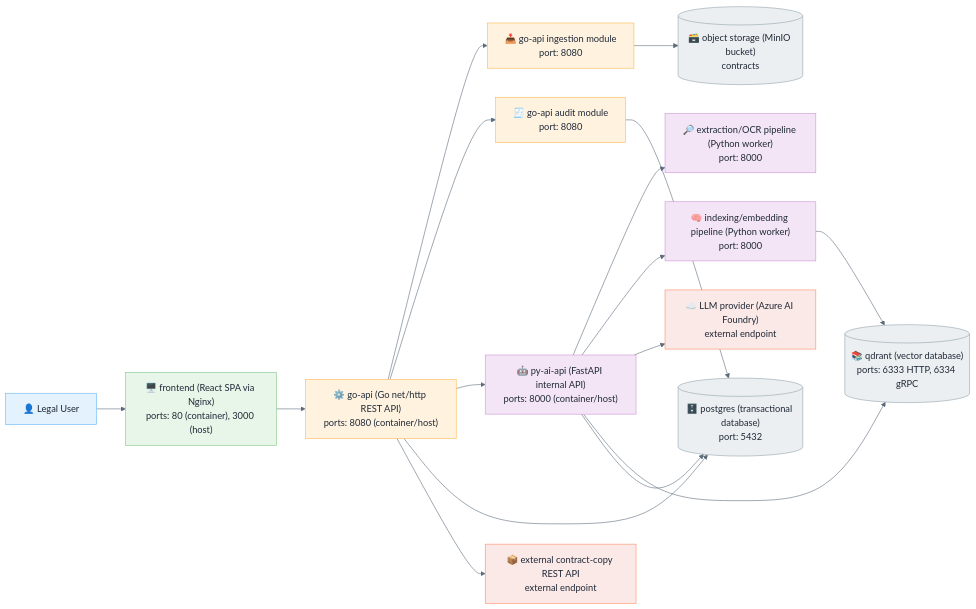
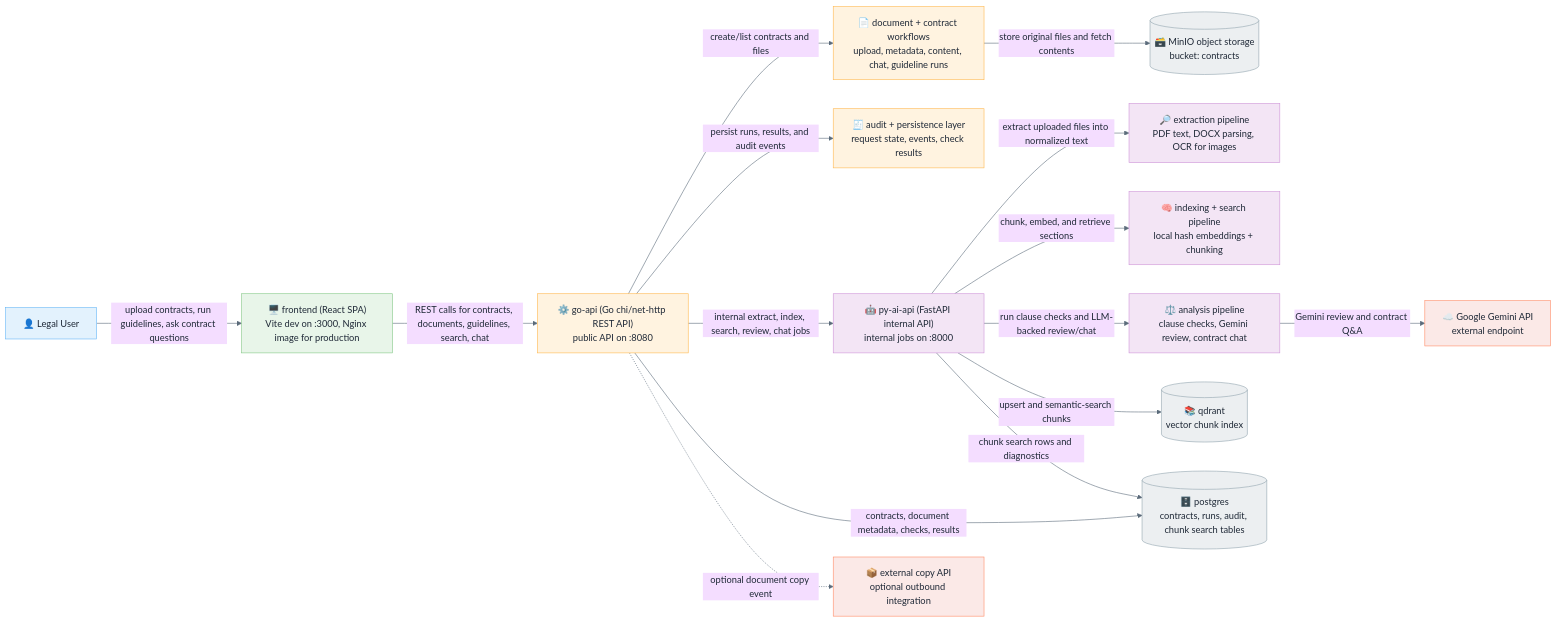
Before and after one commit to toswari/intellegal: the first of 3 diagrams in README.md, drawn with Mermaid. The commit also changed other lines of this file and 55 other files, not shown here.

Commit message:
refactor: remove company name analysis, update guideline rule types, and add new legal document templates

````diff
--- a/README.md
+++ b/README.md
@@ -140,38 +141,36 @@
 ```mermaid
 %%{init: {'theme': 'base', 'themeVariables': { 'primaryTextColor': '#1F2937', 'lineColor': '#5B6B7A', 'fontFamily': 'Inter, Segoe UI, sans-serif' }}}%%
 flowchart LR
-    U["👤 Legal User"] --> FE["🖥️ frontend (React SPA via Nginx)<br/>ports: 80 (container), 3000 (host)"]
-    FE --> GO["⚙️ go-api (Go net/http REST API)<br/>ports: 8080 (container/host)"]
+    U["👤 Legal User"] -->|upload contracts, run guidelines, ask contract questions| FE["🖥️ frontend (React SPA)<br/>Vite dev on :3000, Nginx image for production"]
+    FE -->|REST calls for contracts, documents, guidelines, search, chat| GO["⚙️ go-api (Go chi/net-http REST API)<br/>public API on :8080"]
 
-    GO --> ING["📥 go-api ingestion module<br/>port: 8080"]
-    GO --> AUD["🧾 go-api audit module<br/>port: 8080"]
-    GO --> PAI["🤖 py-ai-api (FastAPI internal API)<br/>ports: 8000 (container/host)"]
+    GO -->|create/list contracts and files| DOC["📄 document + contract workflows<br/>upload, metadata, content, chat, guideline runs"]
+    GO -->|persist runs, results, and audit events| AUD["🧾 audit + persistence layer<br/>request state, events, check results"]
+    GO -->|internal extract, index, search, review, chat jobs| PAI["🤖 py-ai-api (FastAPI internal API)<br/>internal jobs on :8000"]
 
-    PAI --> EXT["🔎 extraction/OCR pipeline (Python worker)<br/>port: 8000"]
-    PAI --> IDX["🧠 indexing/embedding pipeline (Python worker)<br/>port: 8000"]
+    PAI -->|extract uploaded files into normalized text| EXT["🔎 extraction pipeline<br/>PDF text, DOCX parsing, OCR for images"]
+    PAI -->|chunk, embed, and retrieve sections| IDX["🧠 indexing + search pipeline<br/>local hash embeddings + chunking"]
+    PAI -->|run clause checks and LLM-backed review/chat| ANA["⚖️ analysis pipeline<br/>clause checks, Gemini review, contract chat"]
 
-    IDX --> VDB[("📚 qdrant (vector database)<br/>ports: 6333 HTTP, 6334 gRPC")]
-    GO --> RDB[("🗄️ postgres (transactional database)<br/>port: 5432")]
-    ING --> OBJ[("🗃️ object storage (MinIO bucket)<br/>contracts")]
+    GO -->|contracts, document metadata, checks, results| RDB[("🗄️ postgres<br/>contracts, runs, audit, chunk search tables")]
+    DOC -->|store original files and fetch contents| OBJ[("🗃️ MinIO object storage<br/>bucket: contracts")]
+    PAI -->|upsert and semantic-search chunks| VDB[("📚 qdrant<br/>vector chunk index")]
+    PAI -->|chunk search rows and diagnostics| RDB
 
-    PAI --> LLM["☁️ LLM provider (Azure AI Foundry)<br/>external endpoint"]
-    PAI --> VDB
-    PAI --> RDB
-
-    GO --> COPY["📦 external contract-copy REST API<br/>external endpoint"]
-    AUD --> RDB
+    ANA -->|Gemini review and contract Q&A| LLM["☁️ Google Gemini API<br/>external endpoint"]
+    GO -. optional document copy event .-> COPY["📦 external copy API<br/>optional outbound integration"]
 
     classDef user fill:#E3F2FD,stroke:#64B5F6,color:#1F2937,stroke-width:1px;
     classDef frontend fill:#E8F5E9,stroke:#81C784,color:#1F2937,stroke-width:1px;
     classDef api fill:#FFF3E0,stroke:#FFB74D,color:#1F2937,stroke-width:1px;
     classDef worker fill:#F3E5F5,stroke:#CE93D8,color:#1F2937,stroke-width:1px;
     classDef data fill:#ECEFF1,stroke:#90A4AE,color:#1F2937,stroke-width:1px;
     classDef external fill:#FBE9E7,stroke:#FF8A65,color:#1F2937,stroke-width:1px;
 
     class U user;
     class FE frontend;
-    class GO,ING,AUD api;
-    class PAI,EXT,IDX worker;
+    class GO,DOC,AUD api;
+    class PAI,EXT,IDX,ANA worker;
     class VDB,RDB,OBJ data;
     class LLM,COPY external;
 ```
````
